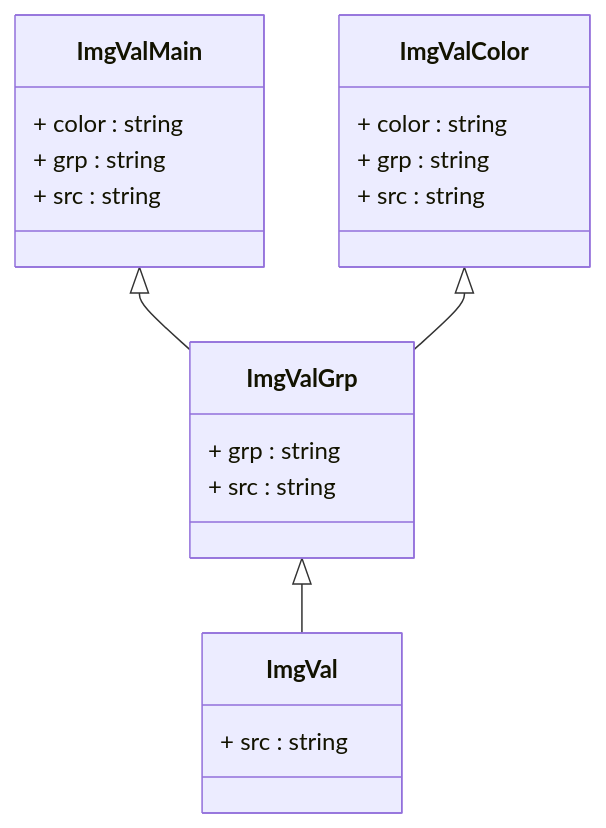
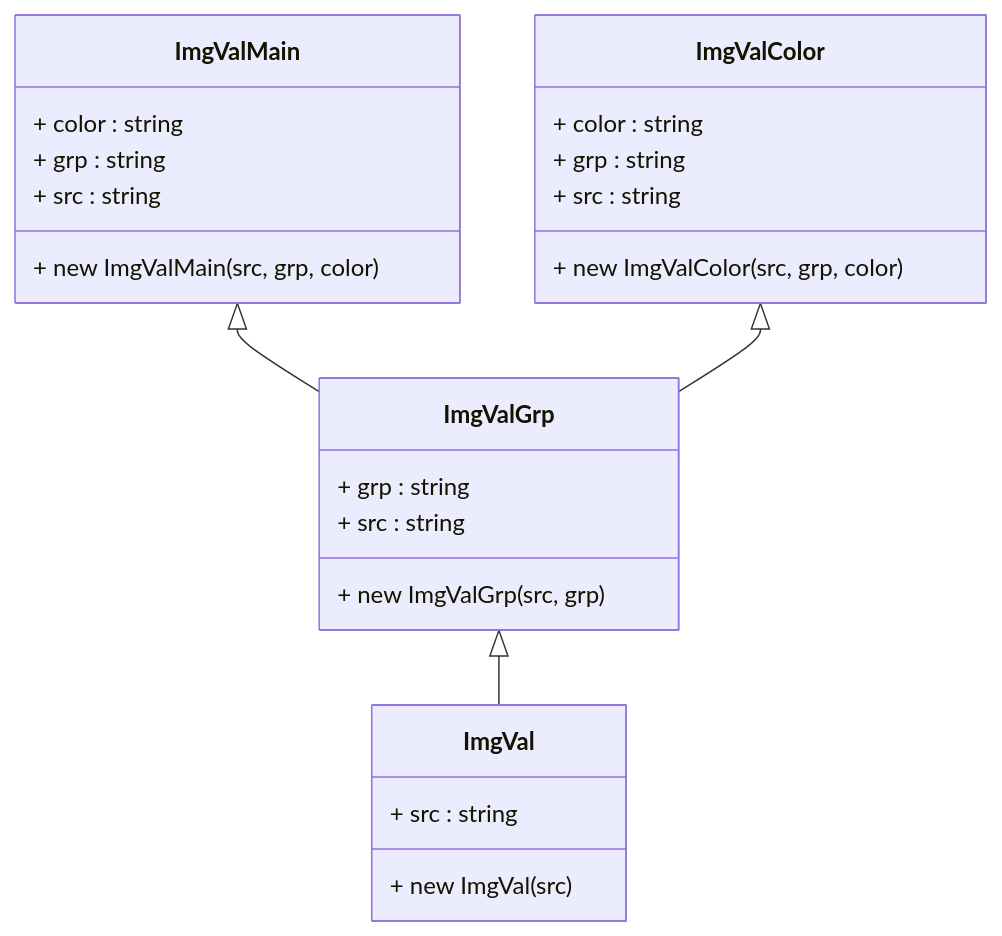
Before and after one commit to data2coordi/pub_makeup: the diagram in classDiagram.md, drawn with Mermaid.

````diff
--- a/classDiagram.md
+++ b/classDiagram.md
@@ -2,27 +2,33 @@
 ```mermaid
 classDiagram
 class ImgVal {
 + src : string
++ new ImgVal(src)
 }
 
 class ImgValMain {
 + color : string
 + grp : string
 + src : string
++ new ImgValMain(src, grp, color)
 }
+
+ImgValMain <|-- ImgValGrp
 
 class ImgValColor {
 + color : string
 + grp : string
 + src : string
++ new ImgValColor(src, grp, color)
 }
+
+ImgValColor <|-- ImgValGrp
 
 class ImgValGrp {
 + grp : string
 + src : string
++ new ImgValGrp(src, grp)
 }
 
-ImgValMain <|-- ImgValGrp
-ImgValColor <|-- ImgValGrp
 ImgValGrp <|-- ImgVal
 ```
````
